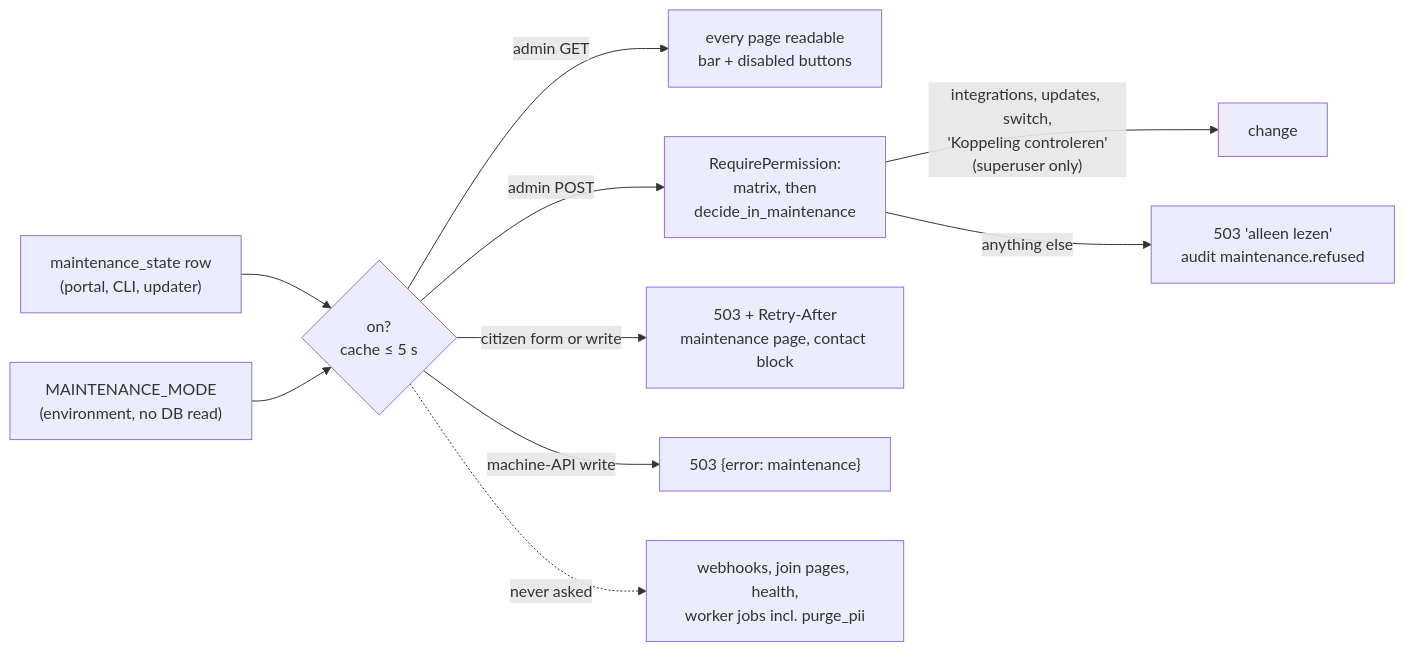
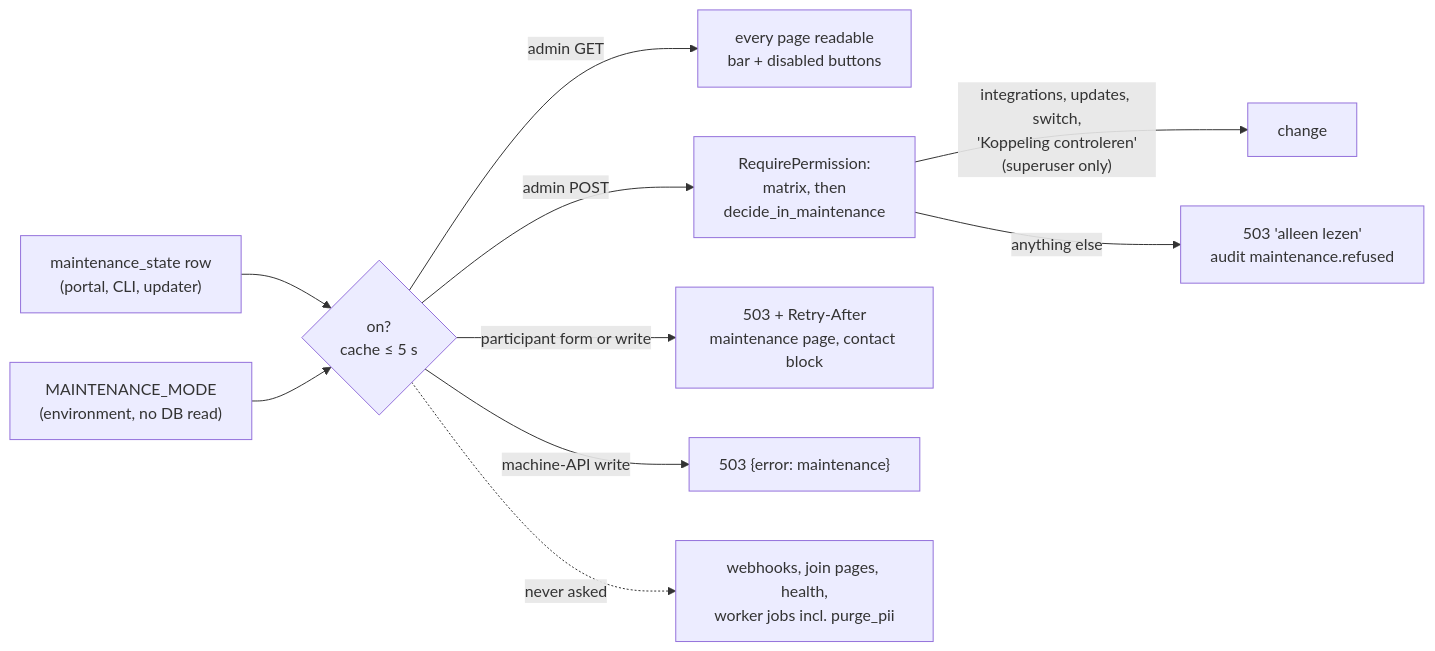
The tenth of 14 diagrams in docs/architecture.md (3Corners-Labs/OpenPlanner), drawn with Mermaid before and after one commit. The commit also changed other lines of this file and 12 other files, not shown here.

````diff
--- a/docs/architecture.md
+++ b/docs/architecture.md
@@ -564,13 +575,13 @@
 ```mermaid
 flowchart LR
     switch["maintenance_state row<br/>(portal, CLI, updater)"] --> status
     env["MAINTENANCE_MODE<br/>(environment, no DB read)"] --> status
     status{"on?<br/>cache ≤ 5 s"}
     status -->|admin GET| read["every page readable<br/>bar + disabled buttons"]
     status -->|admin POST| authz["RequirePermission:<br/>matrix, then<br/>decide_in_maintenance"]
     authz -->|"integrations, updates, switch,<br/>'Koppeling controleren'<br/>(superuser only)"| allowed["change"]
     authz -->|anything else| refused["503 'alleen lezen'<br/>audit maintenance.refused"]
-    status -->|citizen form or write| page["503 + Retry-After<br/>maintenance page, contact block"]
+    status -->|participant form or write| page["503 + Retry-After<br/>maintenance page, contact block"]
     status -->|machine-API write| api["503 {error: maintenance}"]
     status -.->|never asked| open["webhooks, join pages, health,<br/>worker jobs incl. purge_pii"]
 ```
````
